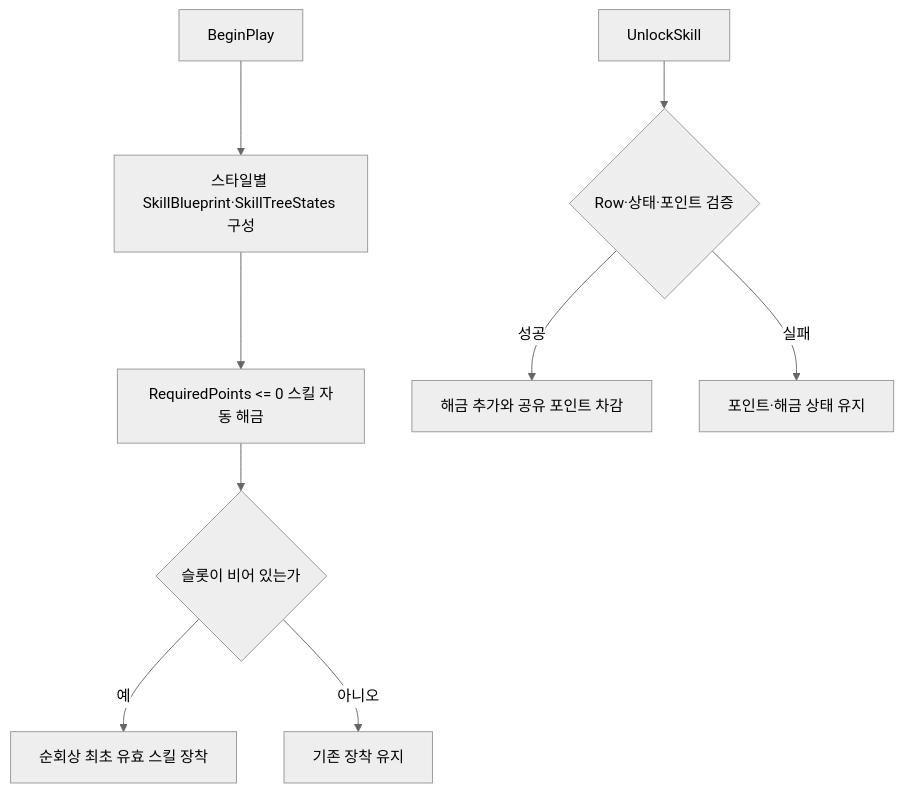
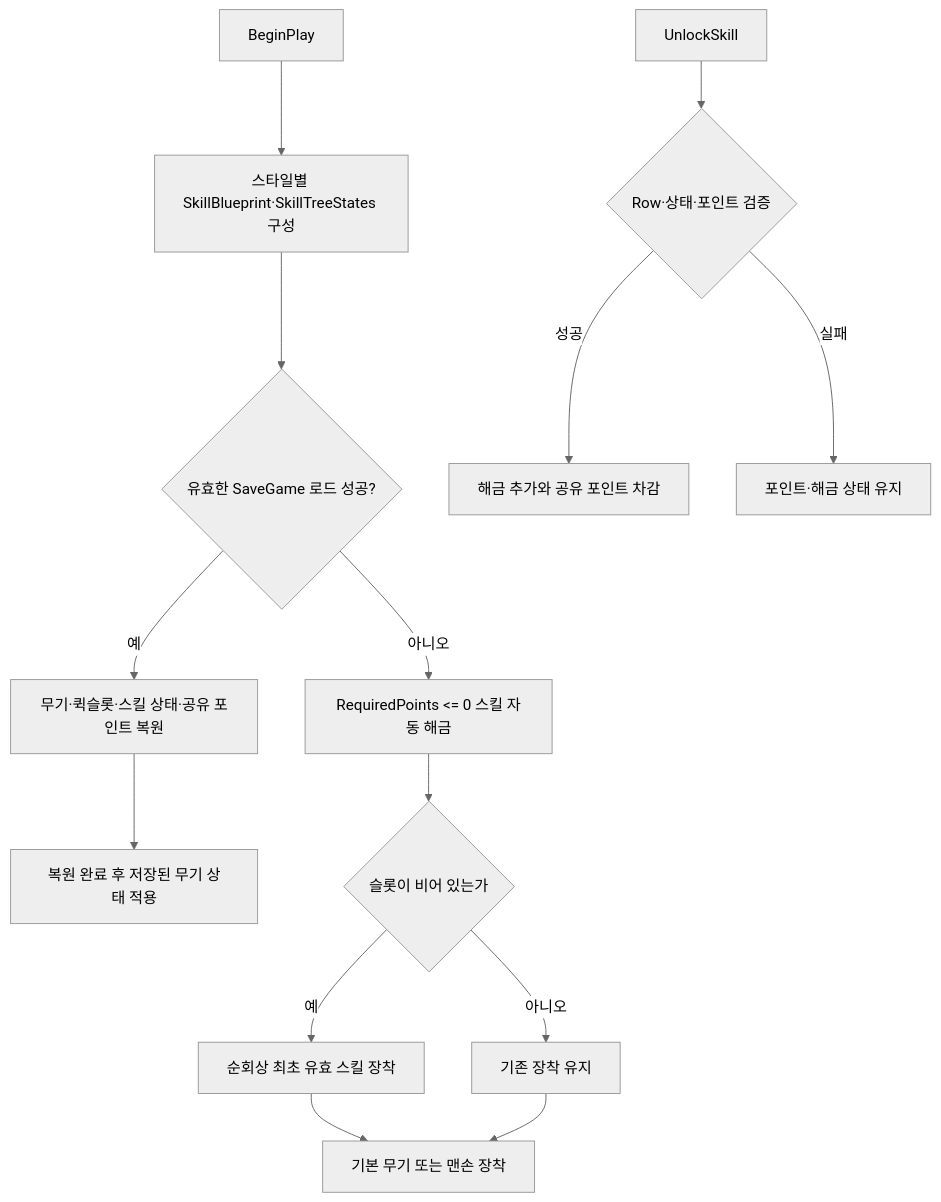
One commit to DreamersStudio3/Maverick changed the diagram in docs/wiki/Features/Combat/Weapon-Skill-Tree/document.md. Above: the diagram before and after it, drawn with Mermaid (neutral theme). The commit also changed other lines of this file and 1 other file, not shown here.

Commit message:
문서 수정: 무기 초기화 SaveGame 계약 반영
* 문서 수정: 신규 게임과 SaveGame 복원의 무기 초기화 분기 기록
* 문서 수정: 스킬 상태 준비 후 최종 장착 무기를 적용하는 순서 명시

````diff
--- a/docs/wiki/Features/Combat/Weapon-Skill-Tree/document.md
+++ b/docs/wiki/Features/Combat/Weapon-Skill-Tree/document.md
@@ -21,11 +21,16 @@
 ```mermaid
 flowchart TD
     Begin["BeginPlay"] --> Build["스타일별 SkillBlueprint·SkillTreeStates 구성"]
-    Build --> Unlock["RequiredPoints <= 0 스킬 자동 해금"]
+    Build --> Save{"유효한 SaveGame 로드 성공?"}
+    Save -->|예| Restore["무기·퀵슬롯·스킬 상태·공유 포인트 복원"]
+    Restore --> Loaded["복원 완료 후 저장된 무기 상태 적용"]
+    Save -->|아니오| Unlock["RequiredPoints <= 0 스킬 자동 해금"]
     Unlock --> Empty{"슬롯이 비어 있는가"}
     Empty -->|예| Equip["순회상 최초 유효 스킬 장착"]
     Empty -->|아니오| Keep["기존 장착 유지"]
+    Equip --> Default["기본 무기 또는 맨손 장착"]
+    Keep --> Default
     Request["UnlockSkill"] --> Check{"Row·상태·포인트 검증"}
     Check -->|성공| Spend["해금 추가와 공유 포인트 차감"]
     Check -->|실패| Unchanged["포인트·해금 상태 유지"]
 ```
````
